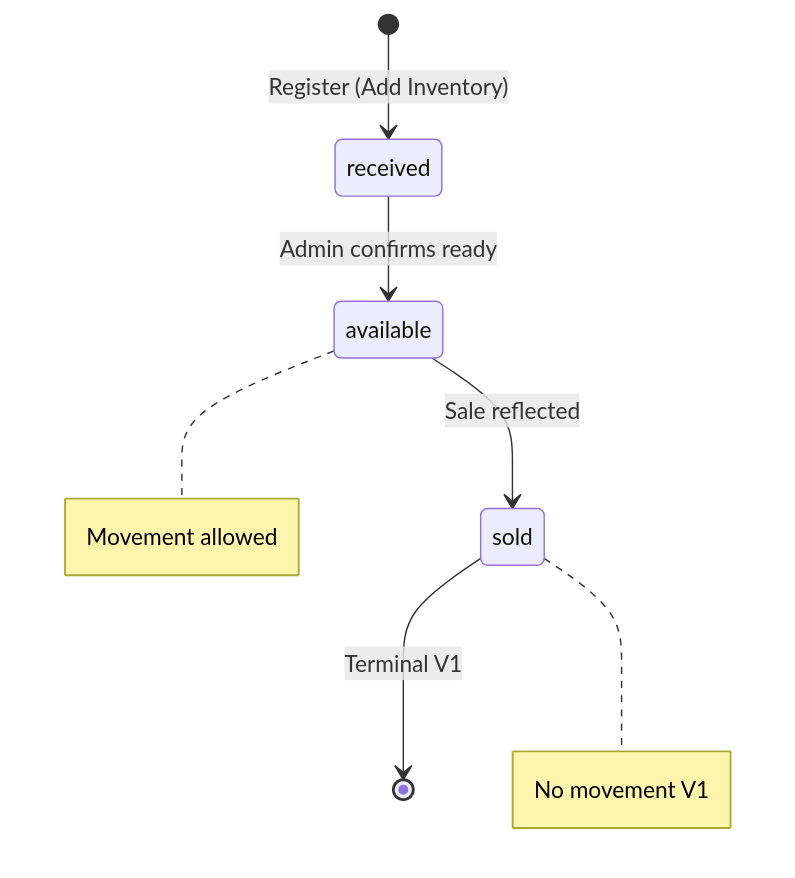
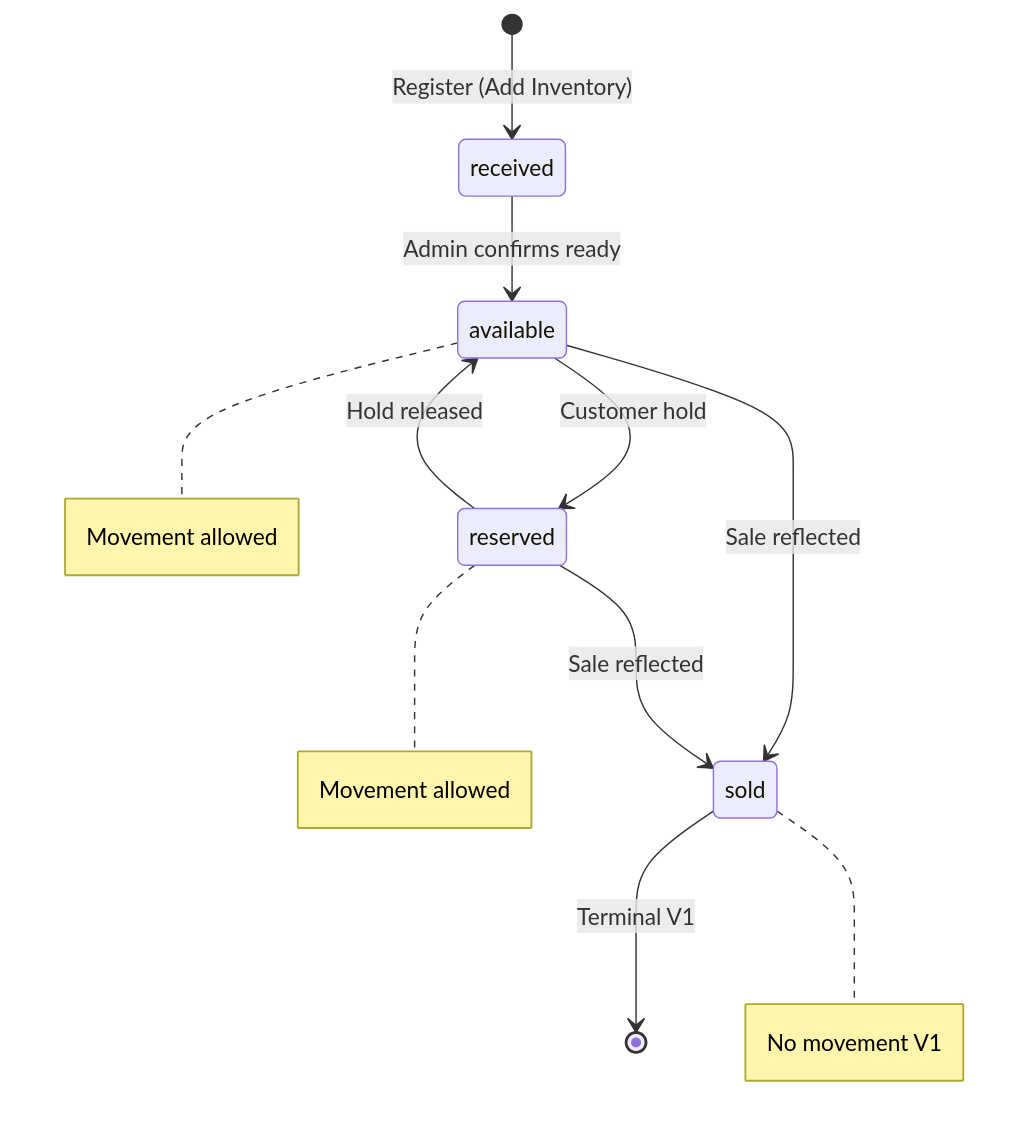
Before and after one commit to gptsmarth/Webstudio-IMS: the third of 3 diagrams in docs/database/DATABASE_DESIGN.md, drawn with Mermaid. The commit also changed other lines of this file and 44 other files, not shown here.

````diff
--- a/docs/database/DATABASE_DESIGN.md
+++ b/docs/database/DATABASE_DESIGN.md
@@ -992,10 +1156,14 @@
 ```mermaid
 stateDiagram-v2
     [*] --> received : Register (Add Inventory)
     received --> available : Admin confirms ready
+    available --> reserved : Customer hold
+    reserved --> available : Hold released
     available --> sold : Sale reflected
+    reserved --> sold : Sale reflected
     sold --> [*] : Terminal V1
 
     note right of available : Movement allowed
+    note right of reserved : Movement allowed
     note right of sold : No movement V1
 ```
````
